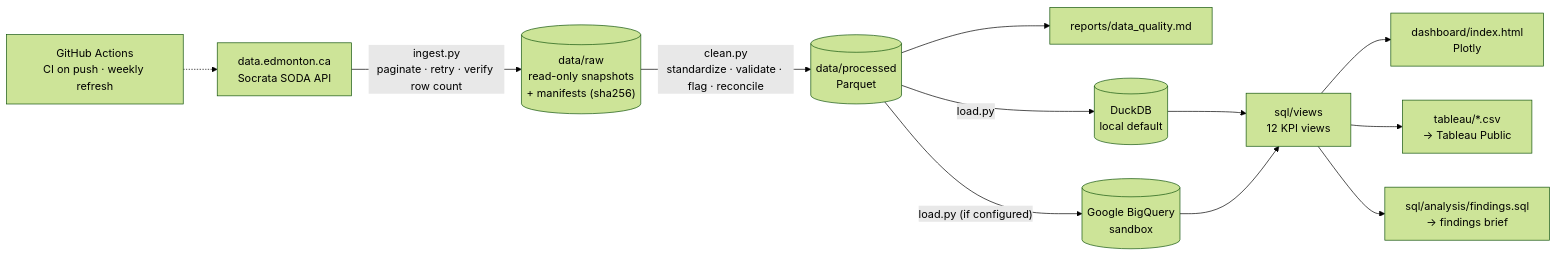
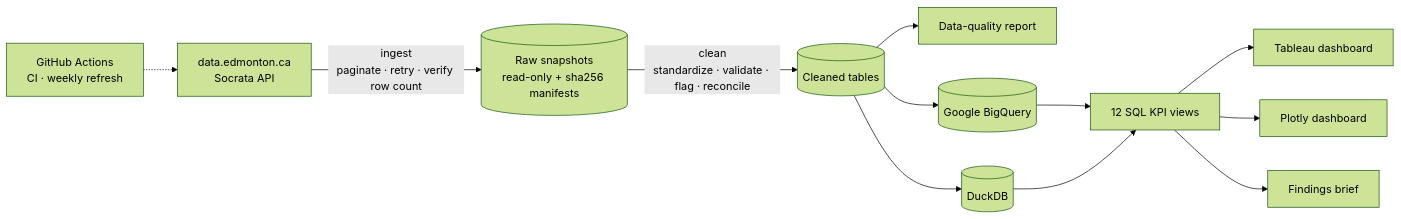
The diagram in README.md (gill-amitoj/Zeropath), drawn with Mermaid (forest theme) before and after one commit. The commit also changed other lines of this file and 1 other file, not shown here.

Commit message:
Rewrite README as a project overview and remove the Tableau build guide

````diff
--- a/README.md
+++ b/README.md
@@ -33,14 +38,14 @@
 ```mermaid
 flowchart LR
-    API["data.edmonton.ca<br/>Socrata SODA API"] -->|"ingest.py<br/>paginate · retry · verify row count"| RAW[("data/raw<br/>read-only snapshots<br/>+ manifests (sha256)")]
-    RAW -->|"clean.py<br/>standardize · validate · flag · reconcile"| PROC[("data/processed<br/>Parquet")]
-    PROC --> DQ["reports/data_quality.md"]
-    PROC -->|load.py| DUCK[("DuckDB<br/>local default")]
-    PROC -->|"load.py (if configured)"| BQ[("Google BigQuery<br/>sandbox")]
-    DUCK --> VIEWS["sql/views<br/>12 KPI views"]
-    BQ --> VIEWS
-    VIEWS --> DASH["dashboard/index.html<br/>Plotly"]
-    VIEWS --> TAB["tableau/*.csv<br/>→ Tableau Public"]
-    VIEWS --> FIND["sql/analysis/findings.sql<br/>→ findings brief"]
-    GHA["GitHub Actions<br/>CI on push · weekly refresh"] -.-> API
+    API["data.edmonton.ca<br/>Socrata API"] -->|"ingest<br/>paginate · retry · verify row count"| RAW[("Raw snapshots<br/>read-only + sha256 manifests")]
+    RAW -->|"clean<br/>standardize · validate · flag · reconcile"| PROC[("Cleaned tables")]
+    PROC --> DQ["Data-quality report"]
+    PROC --> BQ[("Google BigQuery")]
+    PROC --> DUCK[("DuckDB")]
+    BQ --> VIEWS["12 SQL KPI views"]
+    DUCK --> VIEWS
+    VIEWS --> TAB["Tableau dashboard"]
+    VIEWS --> DASH["Plotly dashboard"]
+    VIEWS --> FIND["Findings brief"]
+    GHA["GitHub Actions<br/>CI · weekly refresh"] -.-> API
 ```
````
